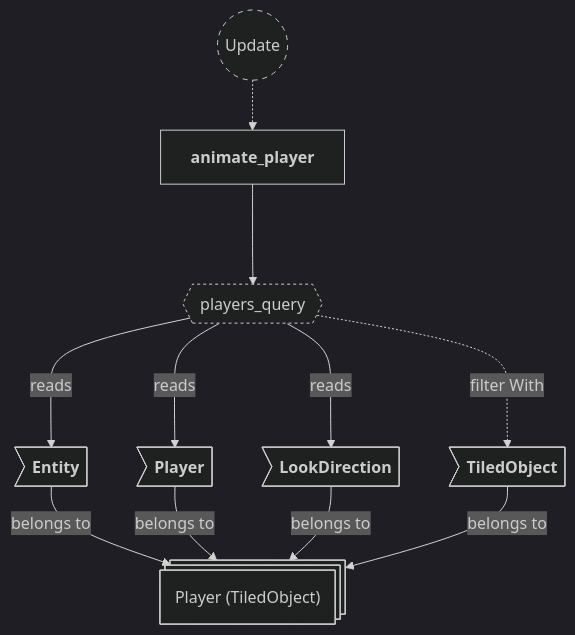
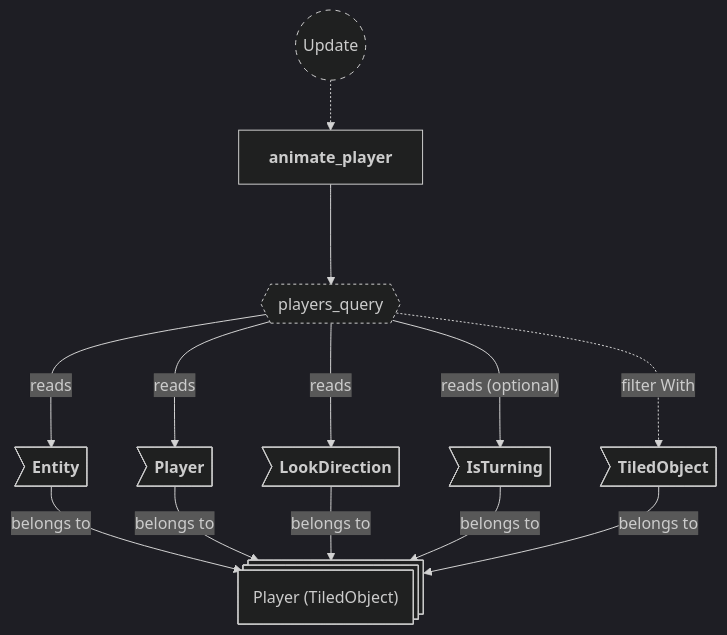
The fourth of 20 diagrams in backlog/docs/doc-5 - 004-Animations-plugin.md (neurosoup/tyled), drawn with Mermaid before and after one commit. The commit also changed other lines of this file and 8 other files, not shown here.

````diff
--- a/backlog/docs/doc-5 - 004-Animations-plugin.md
+++ b/backlog/docs/doc-5 - 004-Animations-plugin.md
@@ -187,30 +187,32 @@
 ```mermaid
 ---
 config:
   theme: dark
 ---
 
 flowchart TD
 classDef system-group stroke-dasharray: 5 5
 classDef query stroke-dasharray: 3 3
 
 update(("`Update`")):::system-group
 animate_player["`**animate_player**`"]
 
 update -.-> animate_player
 
 players_query{{"`players_query`"}}:::query
 animate_player ---> players_query
 
 player_entity@{ shape: st-rect, label: "Player (TiledObject)" }
 
 pe_entity>"`**Entity**`"] --> |belongs to| player_entity
 pe_player>"`**Player**`"] --> |belongs to| player_entity
 pe_look_direction>"`**LookDirection**`"] --> |belongs to| player_entity
+pe_is_turning>"`**IsTurning**`"] --> |belongs to| player_entity
 pe_tiled_object>"`**TiledObject**`"] --> |belongs to| player_entity
 
 players_query ---> |reads| pe_entity
 players_query ---> |reads| pe_player
 players_query ---> |reads| pe_look_direction
+players_query ---> |"reads (optional)"| pe_is_turning
 players_query -..-> |filter With| pe_tiled_object
 ```
````
